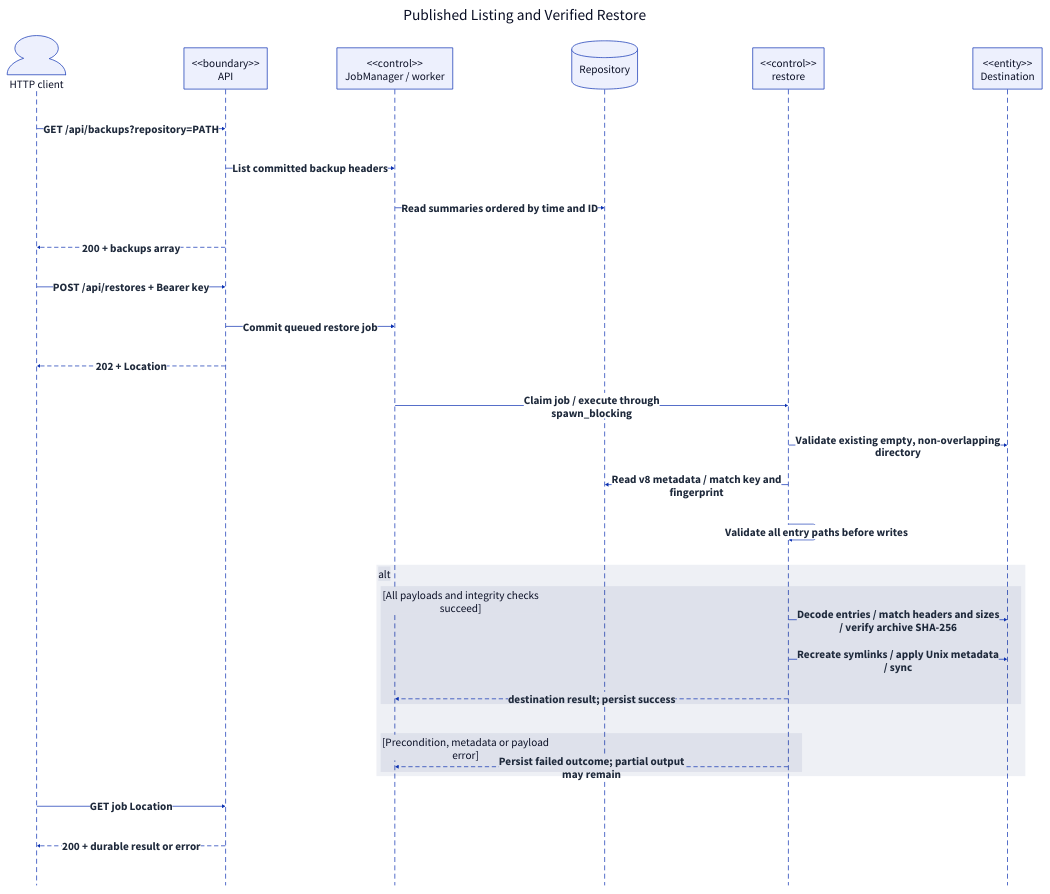
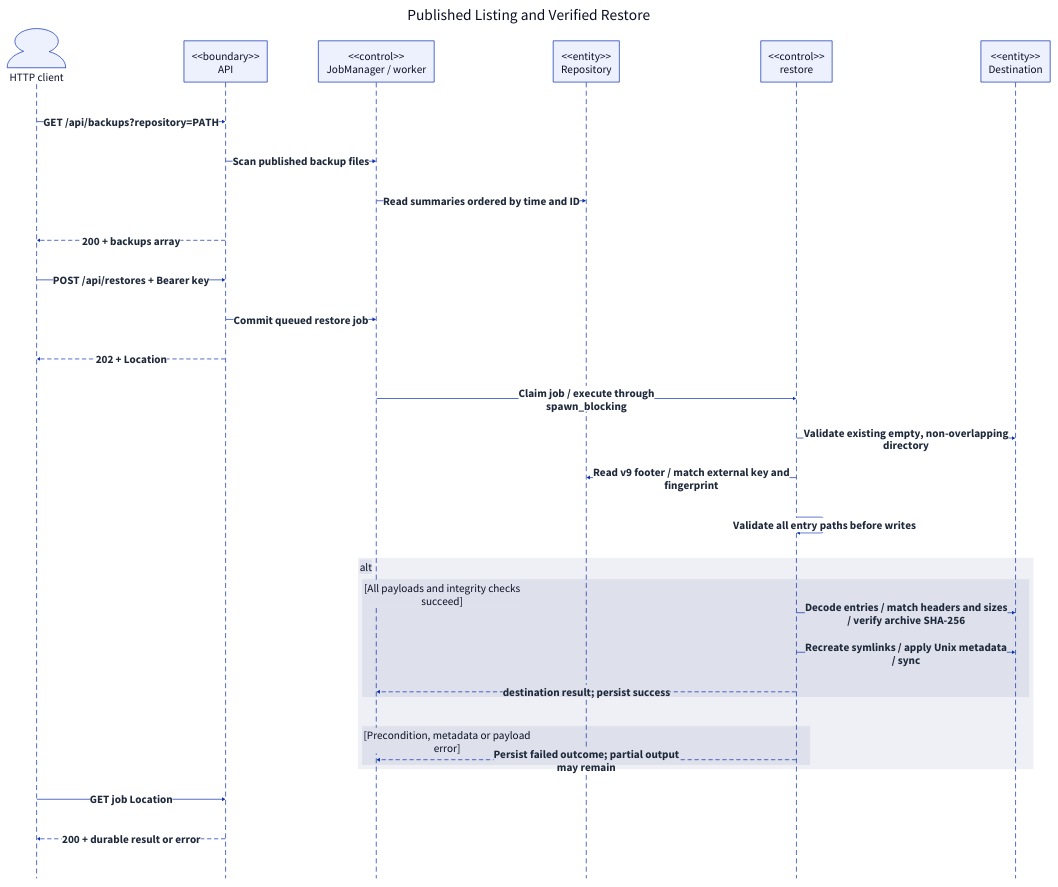
The diagram in docs/report/generated/system-sequence-restore.d2 (qi7876/software-development-exp), drawn with D2 before and after one commit. The commit also changed 30 other files, not shown here.

```diff
--- a/docs/report/generated/system-sequence-restore.d2
+++ b/docs/report/generated/system-sequence-restore.d2
@@ -1,41 +1,41 @@
 # Generated from docs/report/model.yaml; do not edit directly.
 direction: down
 **.style.font-size: 32
 (** -> **)[*].style: {font-size: 32; bold: true; italic: false; font-color: "#1E293B"}
 (** -- **)[*].style: {font-size: 32; bold: true; italic: false; font-color: "#1E293B"}
 (** <- **)[*].style: {font-size: 32; bold: true; italic: false; font-color: "#1E293B"}
 diagram: "Published Listing and Verified Restore" {
   style.font-size: 44
   style.fill: white
   style.stroke: transparent
   shape: sequence_diagram
   Client: "HTTP client" {shape: person}
   API: "<<boundary>>\nAPI" {shape: rectangle}
   Jobs: "<<control>>\nJobManager / worker" {shape: rectangle}
-  Repo: "Repository" {shape: cylinder}
+  Repo: "<<entity>>\nRepository" {shape: rectangle}
   Restore: "<<control>>\nrestore" {shape: rectangle}
   Dest: "<<entity>>\nDestination" {shape: rectangle}
   Client -> API: "GET /api/backups?repository=PATH"
-  API -> Jobs: "List committed backup headers"
+  API -> Jobs: "Scan published backup files"
   Jobs -> Repo: "Read summaries ordered by time and ID"
   API -> Client: "200 + backups array" {style.stroke-dash: 5}
   Client -> API: "POST /api/restores + Bearer key"
   API -> Jobs: "Commit queued restore job"
   API -> Client: "202 + Location" {style.stroke-dash: 5}
   Jobs -> Restore: "Claim job / execute through\nspawn_blocking"
   Restore -> Dest: "Validate existing empty, non-overlapping\ndirectory"
-  Restore -> Repo: "Read v8 metadata / match key and\nfingerprint"
+  Restore -> Repo: "Read v9 footer / match external key and\nfingerprint"
   Restore -> Restore: "Validate all entry paths before writes"
   fragment_11: alt {
     branch_11: "[All payloads and integrity checks\nsucceed]" {
       Restore -> Dest: "Decode entries / match headers and sizes\n/ verify archive SHA-256"
       Restore -> Dest: "Recreate symlinks / apply Unix metadata\n/ sync"
       Restore -> Jobs: "destination result; persist success" {style.stroke-dash: 5}
     }
     branch_15: "[Precondition, metadata or payload\nerror]" {
       Restore -> Jobs: "Persist failed outcome; partial output\nmay remain" {style.stroke-dash: 5}
     }
   }
   Client -> API: "GET job Location"
   API -> Client: "200 + durable result or error" {style.stroke-dash: 5}
 }
```
